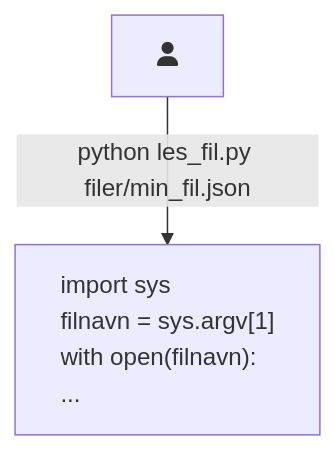
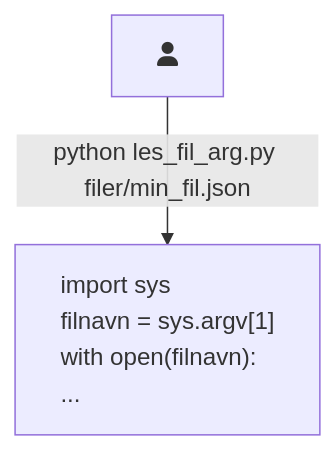
One commit to nrkno/prog-videre changed the fourth of 4 diagrams in innhold/kap3/2_programargumenter.md. Above: the diagram before and after it, drawn with Mermaid. The commit also changed other lines of this file, not shown here.

````diff
--- a/innhold/kap3/2_programargumenter.md
+++ b/innhold/kap3/2_programargumenter.md
@@ -68,7 +90,7 @@
 ```mermaid
 flowchart
   user[fa:fa-user]
   prg["import sys\nfilnavn = sys.argv[1]\nwith open(filnavn):\n..."]
   style prg text-align:left
-  user-- python les_fil.py filer/min_fil.json -->prg
+  user-- python les_fil_arg.py filer/min_fil.json -->prg
 ```
````
